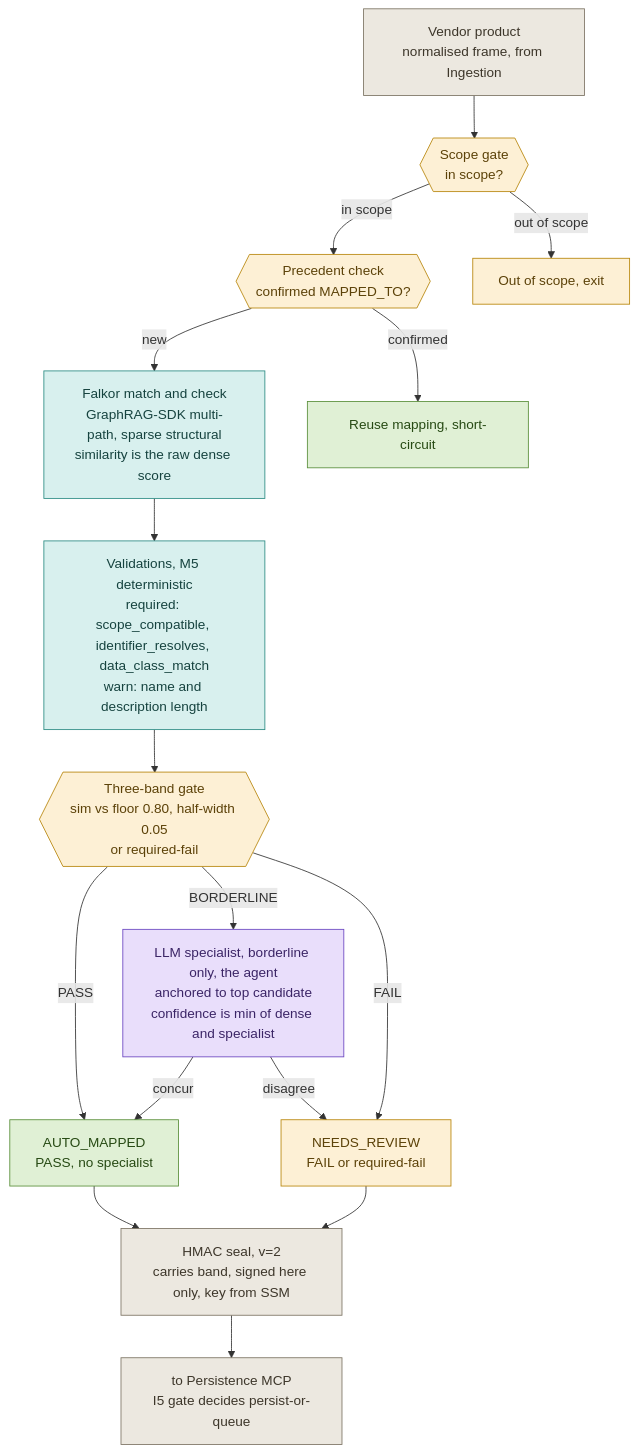
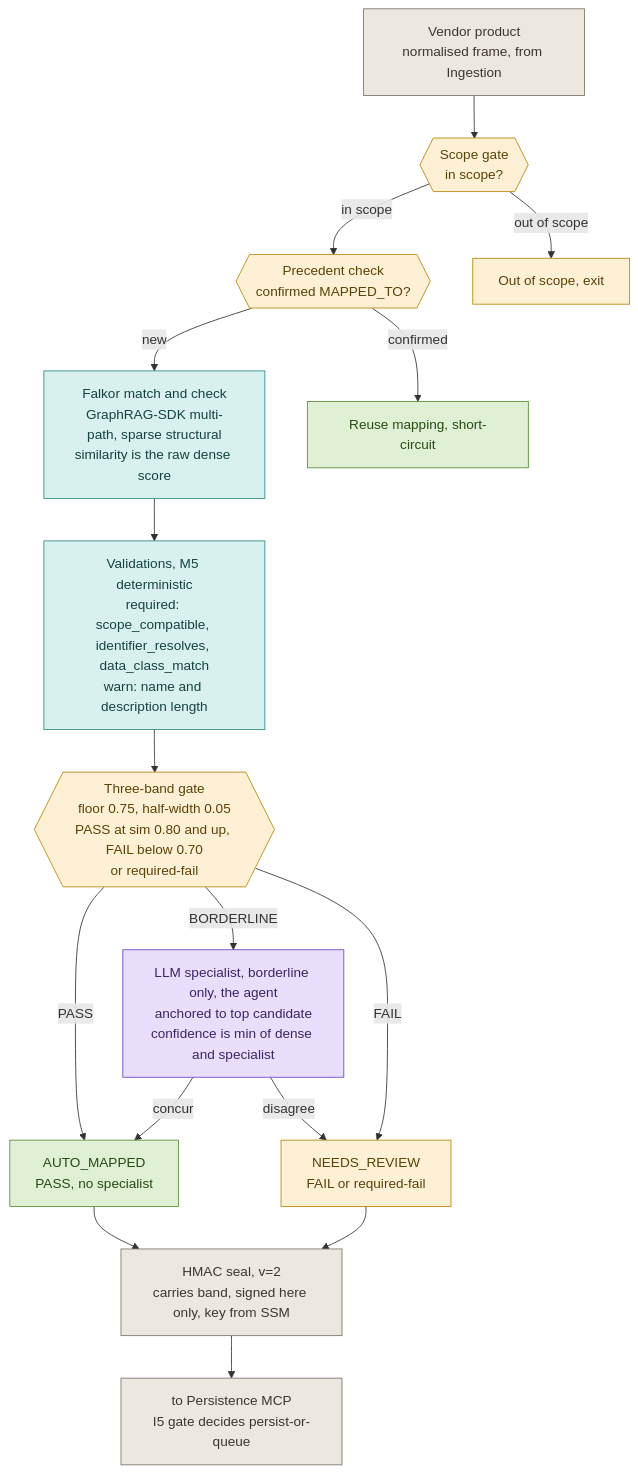
Before and after one commit to 2096955/MatchMaker: the diagram in backend/scudo_mapping_mcp/docs/architecture/scudo-match-verify.mmd, drawn with Mermaid. The commit also changed 50 other files, not shown here.

```diff
--- a/backend/scudo_mapping_mcp/docs/architecture/scudo-match-verify.mmd
+++ b/backend/scudo_mapping_mcp/docs/architecture/scudo-match-verify.mmd
@@ -1,43 +1,43 @@
 flowchart TD
     VP["Vendor product<br/>normalised frame, from Ingestion"]
     SCOPE{{"Scope gate<br/>in scope?"}}
     OOS["Out of scope, exit"]
     PREC{{"Precedent check<br/>confirmed MAPPED_TO?"}}
     REUSE["Reuse mapping, short-circuit"]
     MATCH["Falkor match and check<br/>GraphRAG-SDK multi-path, sparse structural<br/>similarity is the raw dense score"]
     VAL["Validations, M5 deterministic<br/>required: scope_compatible, identifier_resolves, data_class_match<br/>warn: name and description length"]
-    GATE{{"Three-band gate<br/>sim vs floor 0.80, half-width 0.05<br/>or required-fail"}}
+    GATE{{"Three-band gate<br/>floor 0.75, half-width 0.05<br/>PASS at sim 0.80 and up, FAIL below 0.70<br/>or required-fail"}}
     AUTO["AUTO_MAPPED<br/>PASS, no specialist"]
     SPEC["LLM specialist, borderline only, the agent<br/>anchored to top candidate<br/>confidence is min of dense and specialist"]
     REVIEW["NEEDS_REVIEW<br/>FAIL or required-fail"]
     SEAL["HMAC seal, v=2<br/>carries band, signed here only, key from SSM"]
     PERS["to Persistence MCP<br/>I5 gate decides persist-or-queue"]
 
     VP --> SCOPE
     SCOPE -->|in scope| PREC
     SCOPE -->|out of scope| OOS
     PREC -->|new| MATCH
     PREC -->|confirmed| REUSE
     MATCH --> VAL
     VAL --> GATE
     GATE -->|PASS| AUTO
     GATE -->|BORDERLINE| SPEC
     GATE -->|FAIL| REVIEW
     SPEC -->|concur| AUTO
     SPEC -->|disagree| REVIEW
     AUTO --> SEAL
     REVIEW --> SEAL
     SEAL --> PERS
 
     classDef gate fill:#fdf0d5,stroke:#b8860b,color:#5c4209;
     classDef det fill:#d8f0ee,stroke:#2c8c84,color:#16433f;
     classDef llm fill:#e9defb,stroke:#6b46c1,color:#3b2566;
     classDef good fill:#e0f0d5,stroke:#5a8f3a,color:#274a14;
     classDef warn fill:#fdf0d5,stroke:#b8860b,color:#5c4209;
     classDef store fill:#ece8e0,stroke:#7d7464,color:#3d362a;
     class SCOPE,PREC,GATE gate
     class MATCH,VAL det
     class SPEC llm
     class AUTO,REUSE good
     class REVIEW,OOS warn
     class SEAL,PERS,VP store
```
